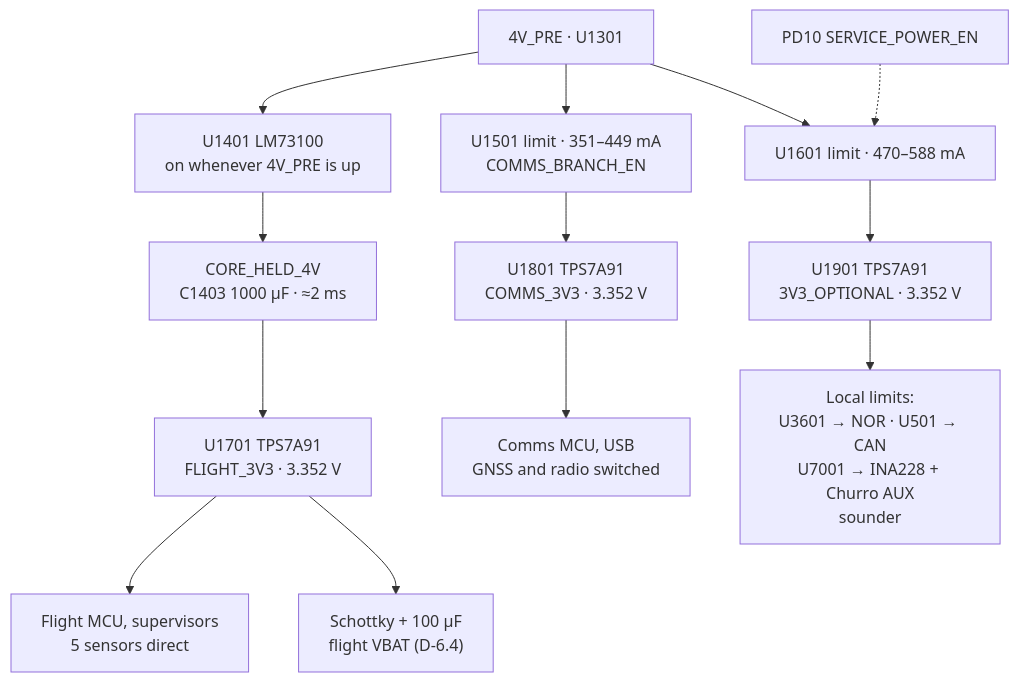
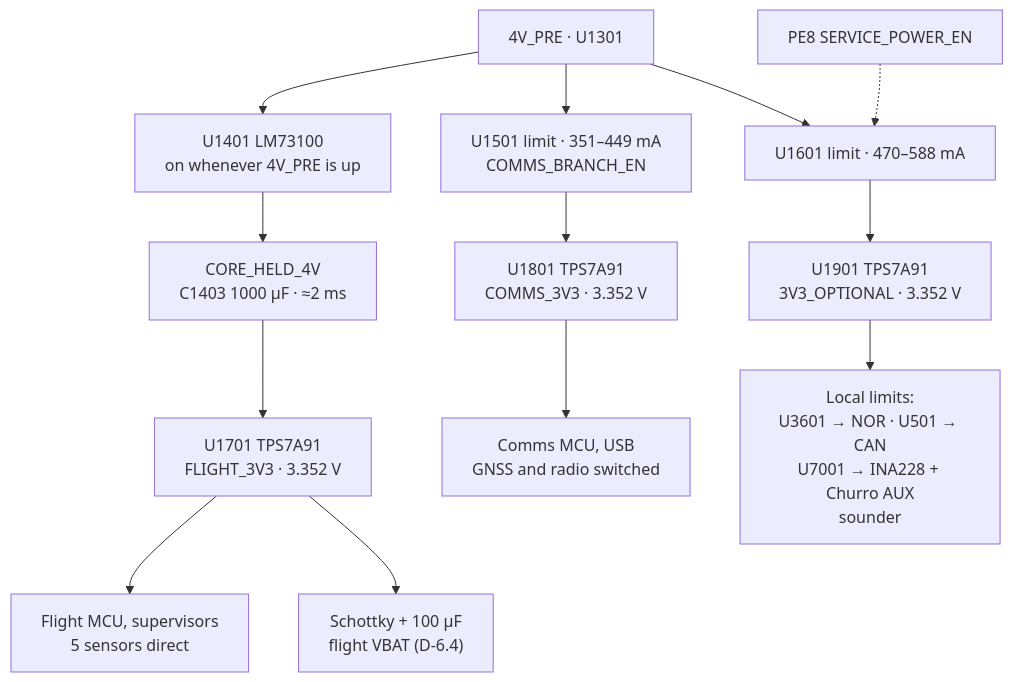
Before and after one commit to ULAS-HiPR/Ogma2: the second of 2 diagrams in docs/architecture/02-power.md, drawn with Mermaid. The commit also changed other lines of this file and 14 other files, not shown here.

````diff
--- a/docs/architecture/02-power.md
+++ b/docs/architecture/02-power.md
@@ -67,27 +69,27 @@
 ```mermaid
 flowchart TB
   K["4V_PRE · U1301"] --> H["U1401 LM73100
 on whenever 4V_PRE is up"]
   H --> HI["CORE_HELD_4V
 C1403 1000 µF · ≈2 ms"]
   HI --> F["U1701 TPS7A91
 FLIGHT_3V3 · 3.352 V"]
   F --> FM["Flight MCU, supervisors
 5 sensors direct"]
   F --> VB["Schottky + 100 µF
 flight VBAT (D-6.4)"]
   K --> CL["U1501 limit · 351–449 mA
 COMMS_BRANCH_EN"]
   CL --> C["U1801 TPS7A91
 COMMS_3V3 · 3.352 V"]
   C --> CM["Comms MCU, USB
 GNSS and radio switched"]
   K --> SL["U1601 limit · 470–588 mA"]
-  PD10["PD10 SERVICE_POWER_EN"] -.-> SL
+  PE8["PE8 SERVICE_POWER_EN"] -.-> SL
   SL --> S["U1901 TPS7A91
 3V3_OPTIONAL · 3.352 V"]
   S --> SV["Local limits:
 U3601 → NOR · U501 → CAN
 U7001 → INA228 + Churro AUX
 sounder"]
 ```
````
